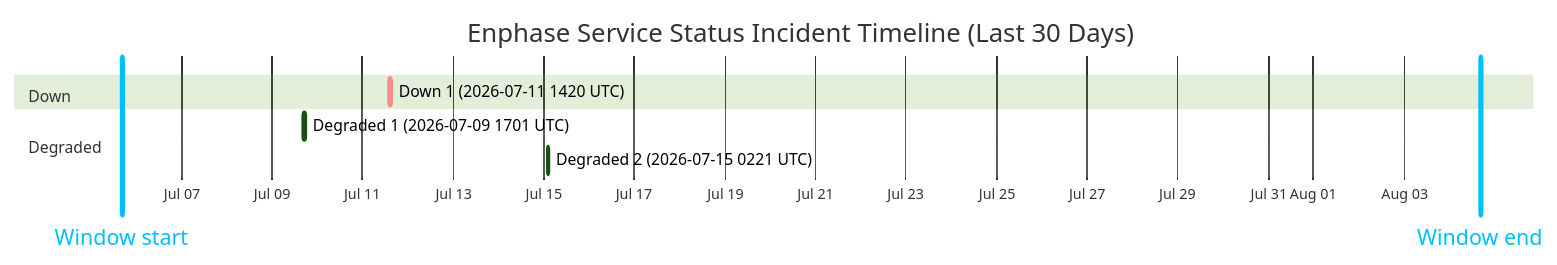
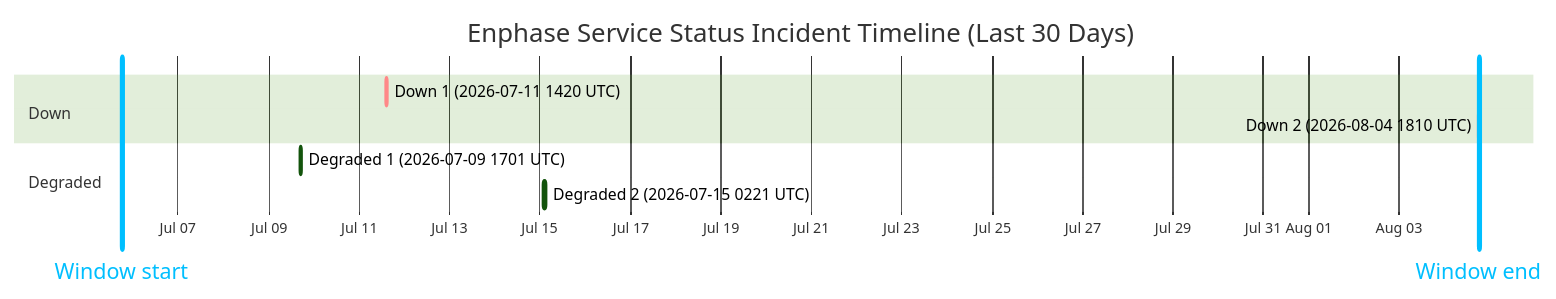
One commit to barneyonline/ha-enphase-energy changed the diagram in wiki/Service-Status-History.md. Above: the diagram before and after it, drawn with Mermaid (forest theme). The commit also changed other lines of this file and 5 other files, not shown here.

````diff
--- a/wiki/Service-Status-History.md
+++ b/wiki/Service-Status-History.md
@@ -14,13 +14,14 @@
 ```mermaid
 gantt
     title Enphase Service Status Incident Timeline (Last 30 Days)
     dateFormat  YYYY-MM-DDTHH:mm:ss
     axisFormat  %b %d
-    Window start :vert, window-start, 2026-07-05T16:26:37, 0ms
-    Window end :vert, window-end, 2026-08-04T16:26:37, 0ms
+    Window start :vert, window-start, 2026-07-05T18:10:46, 0ms
+    Window end :vert, window-end, 2026-08-04T18:10:46, 0ms
     section Down
     Down 1 (2026-07-11 1420 UTC) :crit, down-1, 2026-07-11T14:20:54, 69m
+    Down 2 (2026-08-04 1810 UTC) :crit, down-2, 2026-08-04T18:10:46, 60m
     section Degraded
     Degraded 1 (2026-07-09 1701 UTC) :active, degraded-1, 2026-07-09T17:01:02, 60m
     Degraded 2 (2026-07-15 0221 UTC) :active, degraded-2, 2026-07-15T02:21:35, 60m
 ```
````
